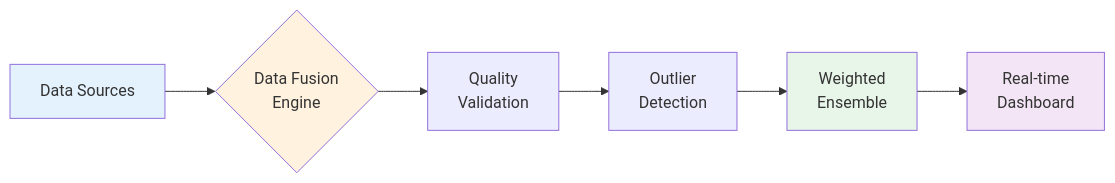
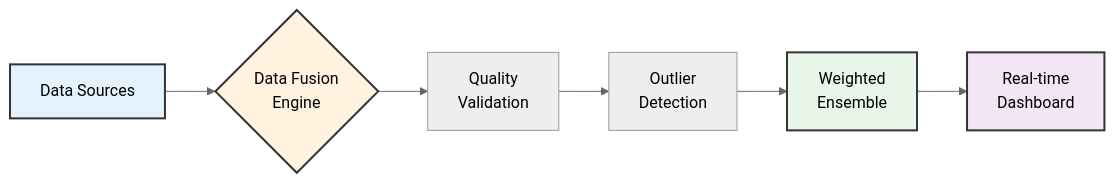
One commit to sumith1309/Project_Sahara_Sense changed the second of 14 diagrams in README.md. Above: the diagram before and after it, drawn with Mermaid. The commit also changed other lines of this file, not shown here.

Commit message:
docs: Enhance Mermaid diagrams visibility with neutral theme

````diff
--- a/README.md
+++ b/README.md
@@ -104,13 +105,14 @@
 ```mermaid
+%%{init: {'theme': 'neutral'}}%%
 graph LR
     A[Data Sources] --> B{Data Fusion<br/>Engine}
     B --> C[Quality<br/>Validation]
     C --> D[Outlier<br/>Detection]
     D --> E[Weighted<br/>Ensemble]
     E --> F[Real-time<br/>Dashboard]
     
-    style A fill:#e3f2fd
-    style B fill:#fff3e0
-    style E fill:#e8f5e9
-    style F fill:#f3e5f5
+    style A fill:#e3f2fd,stroke:#333,stroke-width:2px,color:#000
+    style B fill:#fff3e0,stroke:#333,stroke-width:2px,color:#000
+    style E fill:#e8f5e9,stroke:#333,stroke-width:2px,color:#000
+    style F fill:#f3e5f5,stroke:#333,stroke-width:2px,color:#000
 ```
````
